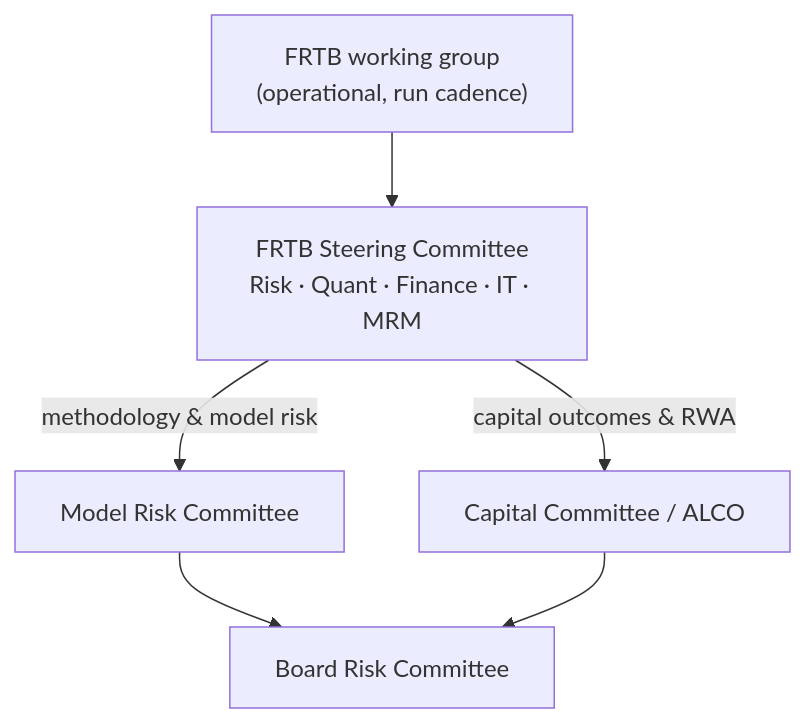
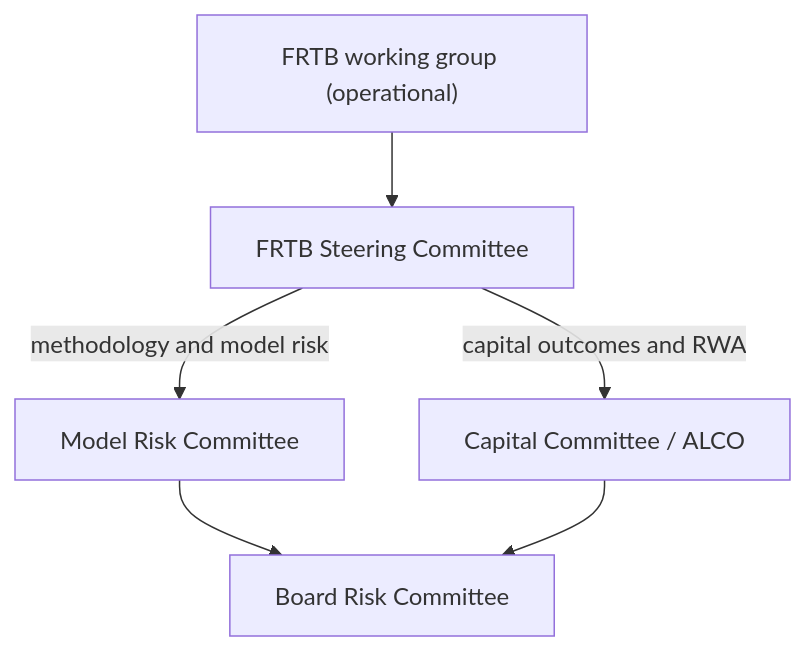
One commit to tomanizer/frtb-capital changed the second of 9 diagrams in docs/FRTB_TARGET_OPERATING_MODEL.md. Above: the diagram before and after it, drawn with Mermaid. The commit also changed other lines of this file and 1 other file, not shown here.

First line of the commit message:
docs: rewrite FRTB TOM for readability; split out decision log (#661)

````diff
--- a/docs/FRTB_TARGET_OPERATING_MODEL.md
+++ b/docs/FRTB_TARGET_OPERATING_MODEL.md
@@ -262,9 +199,8 @@
 ```mermaid
 flowchart TB
-    WG["FRTB working group<br/>(operational, run cadence)"] --> SC
-    SC["FRTB Steering Committee<br/>Risk · Quant · Finance · IT · MRM"]
-    SC -->|methodology & model risk| MRC["Model Risk Committee"]
-    SC -->|capital outcomes & RWA| CC["Capital Committee / ALCO"]
+    WG["FRTB working group (operational)"] --> SC["FRTB Steering Committee"]
+    SC -->|methodology and model risk| MRC["Model Risk Committee"]
+    SC -->|capital outcomes and RWA| CC["Capital Committee / ALCO"]
     MRC --> BRC["Board Risk Committee"]
     CC --> BRC
 ```
````
